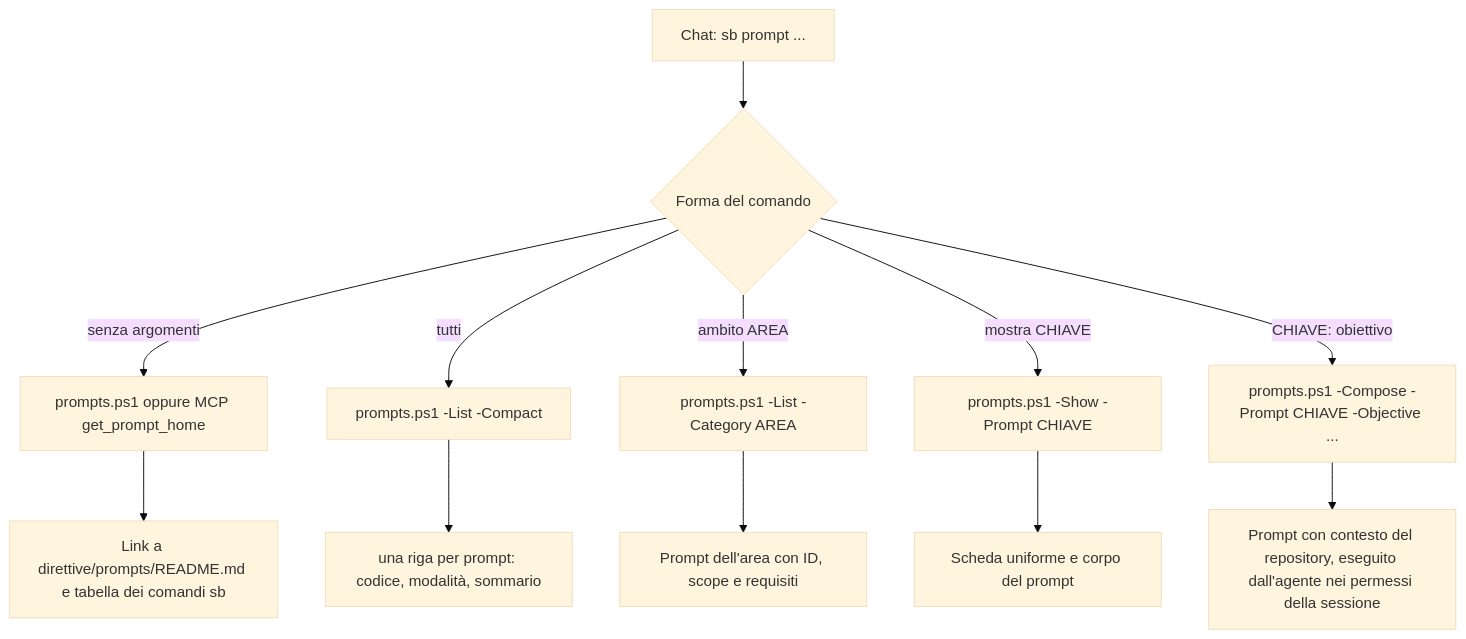
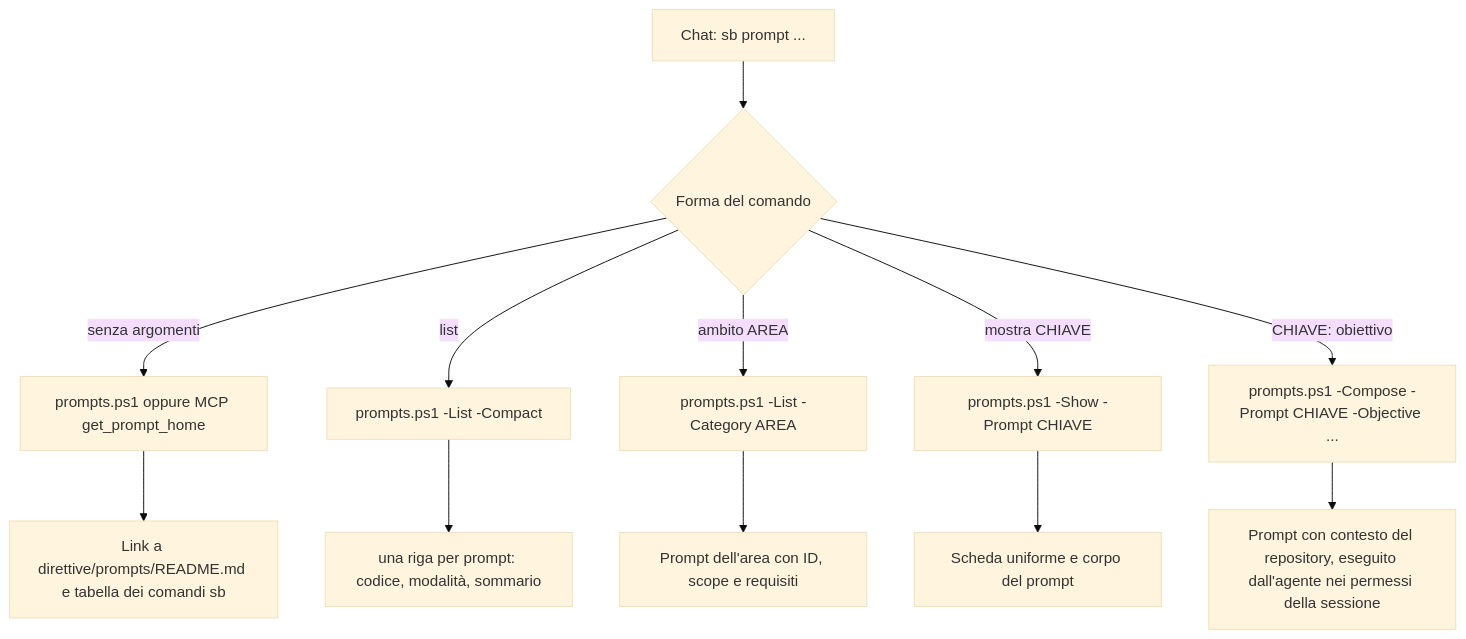
One commit to dennidalpos/secondbrain changed the third of 3 diagrams in docs/riferimento/customizing-prompts-and-directives.md. Above: the diagram before and after it, drawn with Mermaid (base theme). The commit also changed other lines of this file and 248 other files, not shown here.

````diff
--- a/docs/riferimento/customizing-prompts-and-directives.md
+++ b/docs/riferimento/customizing-prompts-and-directives.md
@@ -250,14 +241,14 @@
 ```mermaid
 flowchart TD
     A["Chat: sb prompt ..."] --> B{"Forma del comando"}
     B -->|"senza argomenti"| C["prompts.ps1 oppure MCP get_prompt_home"]
-    B -->|"tutti"| D["prompts.ps1 -List -Compact"]
+    B -->|"list"| D["prompts.ps1 -List -Compact"]
     B -->|"ambito AREA"| E["prompts.ps1 -List -Category AREA"]
     B -->|"mostra CHIAVE"| F["prompts.ps1 -Show -Prompt CHIAVE"]
     B -->|"CHIAVE: obiettivo"| G["prompts.ps1 -Compose -Prompt CHIAVE -Objective ..."]
     C --> H["Link a direttive/prompts/README.md e tabella dei comandi sb"]
     D --> I["una riga per prompt: codice, modalità, sommario"]
     E --> J["Prompt dell'area con ID, scope e requisiti"]
     F --> K["Scheda uniforme e corpo del prompt"]
     G --> L["Prompt con contesto del repository, eseguito dall'agente nei permessi della sessione"]
 ```
````
